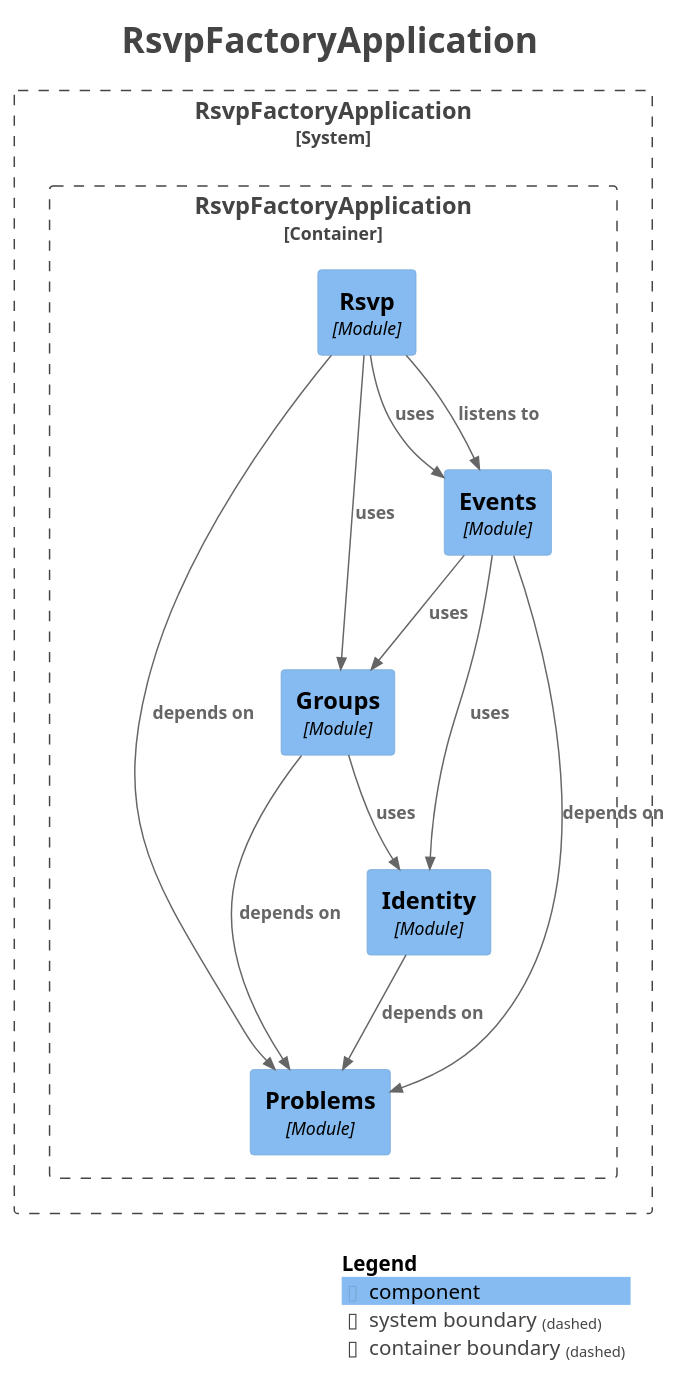
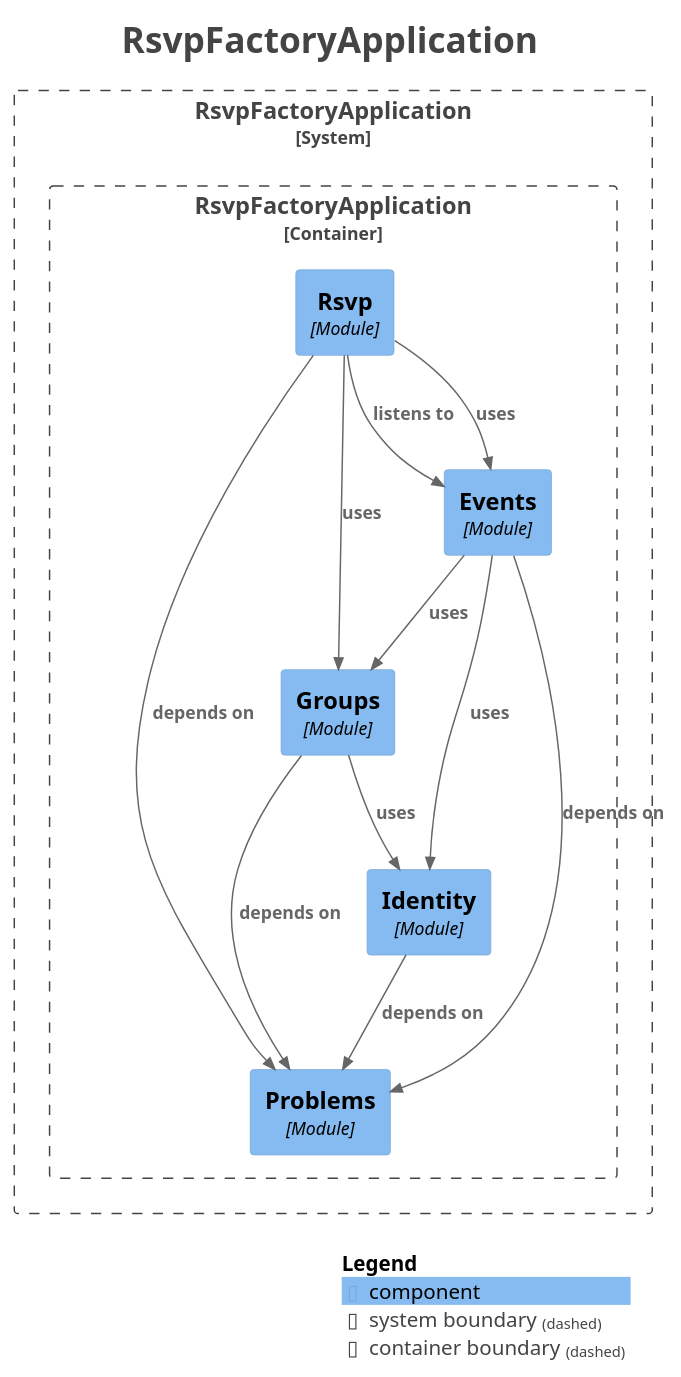
One commit to kylehoehns/rsvp-factory changed the diagram in docs/modules/components.puml. Above: the diagram before and after it, drawn with PlantUML. The commit also changed other lines of this file and 6 other files, not shown here.

```diff
--- a/docs/modules/components.puml
+++ b/docs/modules/components.puml
@@ -1,42 +1,42 @@
 @startuml
 title <size:24>RsvpFactoryApplication</size>
 
 set separator none
 top to bottom direction
 
 <style>
   root {
     BackgroundColor: #ffffff
     FontColor: #444444
   }
 </style>
 
 !include <C4/C4>
 !include <C4/C4_Context>
 !include <C4/C4_Component>
 
 System_Boundary("RsvpFactoryApplication_boundary", "RsvpFactoryApplication", $tags="") {
   Container_Boundary("RsvpFactoryApplication.RsvpFactoryApplication_boundary", "RsvpFactoryApplication", $tags="") {
     Component(RsvpFactoryApplication.RsvpFactoryApplication.Problems, "Problems", $techn="Module", $descr="", $tags="", $link="")
     Component(RsvpFactoryApplication.RsvpFactoryApplication.Identity, "Identity", $techn="Module", $descr="", $tags="", $link="")
     Component(RsvpFactoryApplication.RsvpFactoryApplication.Groups, "Groups", $techn="Module", $descr="", $tags="", $link="")
     Component(RsvpFactoryApplication.RsvpFactoryApplication.Events, "Events", $techn="Module", $descr="", $tags="", $link="")
     Component(RsvpFactoryApplication.RsvpFactoryApplication.Rsvp, "Rsvp", $techn="Module", $descr="", $tags="", $link="")
   }
 
 }
 
-Rel(RsvpFactoryApplication.RsvpFactoryApplication.Rsvp, RsvpFactoryApplication.RsvpFactoryApplication.Problems, "depends on", $techn="", $tags="", $link="")
+Rel(RsvpFactoryApplication.RsvpFactoryApplication.Events, RsvpFactoryApplication.RsvpFactoryApplication.Groups, "uses", $techn="", $tags="", $link="")
+Rel(RsvpFactoryApplication.RsvpFactoryApplication.Events, RsvpFactoryApplication.RsvpFactoryApplication.Identity, "uses", $techn="", $tags="", $link="")
+Rel(RsvpFactoryApplication.RsvpFactoryApplication.Events, RsvpFactoryApplication.RsvpFactoryApplication.Problems, "depends on", $techn="", $tags="", $link="")
+Rel(RsvpFactoryApplication.RsvpFactoryApplication.Groups, RsvpFactoryApplication.RsvpFactoryApplication.Identity, "uses", $techn="", $tags="", $link="")
+Rel(RsvpFactoryApplication.RsvpFactoryApplication.Groups, RsvpFactoryApplication.RsvpFactoryApplication.Problems, "depends on", $techn="", $tags="", $link="")
+Rel(RsvpFactoryApplication.RsvpFactoryApplication.Identity, RsvpFactoryApplication.RsvpFactoryApplication.Problems, "depends on", $techn="", $tags="", $link="")
+Rel(RsvpFactoryApplication.RsvpFactoryApplication.Rsvp, RsvpFactoryApplication.RsvpFactoryApplication.Events, "listens to", $techn="", $tags="", $link="")
 Rel(RsvpFactoryApplication.RsvpFactoryApplication.Rsvp, RsvpFactoryApplication.RsvpFactoryApplication.Events, "uses", $techn="", $tags="", $link="")
 Rel(RsvpFactoryApplication.RsvpFactoryApplication.Rsvp, RsvpFactoryApplication.RsvpFactoryApplication.Groups, "uses", $techn="", $tags="", $link="")
-Rel(RsvpFactoryApplication.RsvpFactoryApplication.Groups, RsvpFactoryApplication.RsvpFactoryApplication.Problems, "depends on", $techn="", $tags="", $link="")
-Rel(RsvpFactoryApplication.RsvpFactoryApplication.Groups, RsvpFactoryApplication.RsvpFactoryApplication.Identity, "uses", $techn="", $tags="", $link="")
-Rel(RsvpFactoryApplication.RsvpFactoryApplication.Events, RsvpFactoryApplication.RsvpFactoryApplication.Problems, "depends on", $techn="", $tags="", $link="")
-Rel(RsvpFactoryApplication.RsvpFactoryApplication.Events, RsvpFactoryApplication.RsvpFactoryApplication.Identity, "uses", $techn="", $tags="", $link="")
-Rel(RsvpFactoryApplication.RsvpFactoryApplication.Events, RsvpFactoryApplication.RsvpFactoryApplication.Groups, "uses", $techn="", $tags="", $link="")
-Rel(RsvpFactoryApplication.RsvpFactoryApplication.Identity, RsvpFactoryApplication.RsvpFactoryApplication.Problems, "depends on", $techn="", $tags="", $link="")
-Rel(RsvpFactoryApplication.RsvpFactoryApplication.Rsvp, RsvpFactoryApplication.RsvpFactoryApplication.Events, "listens to", $techn="", $tags="", $link="")
+Rel(RsvpFactoryApplication.RsvpFactoryApplication.Rsvp, RsvpFactoryApplication.RsvpFactoryApplication.Problems, "depends on", $techn="", $tags="", $link="")
 
 SHOW_LEGEND(true)
 hide stereotypes
 @enduml
```
